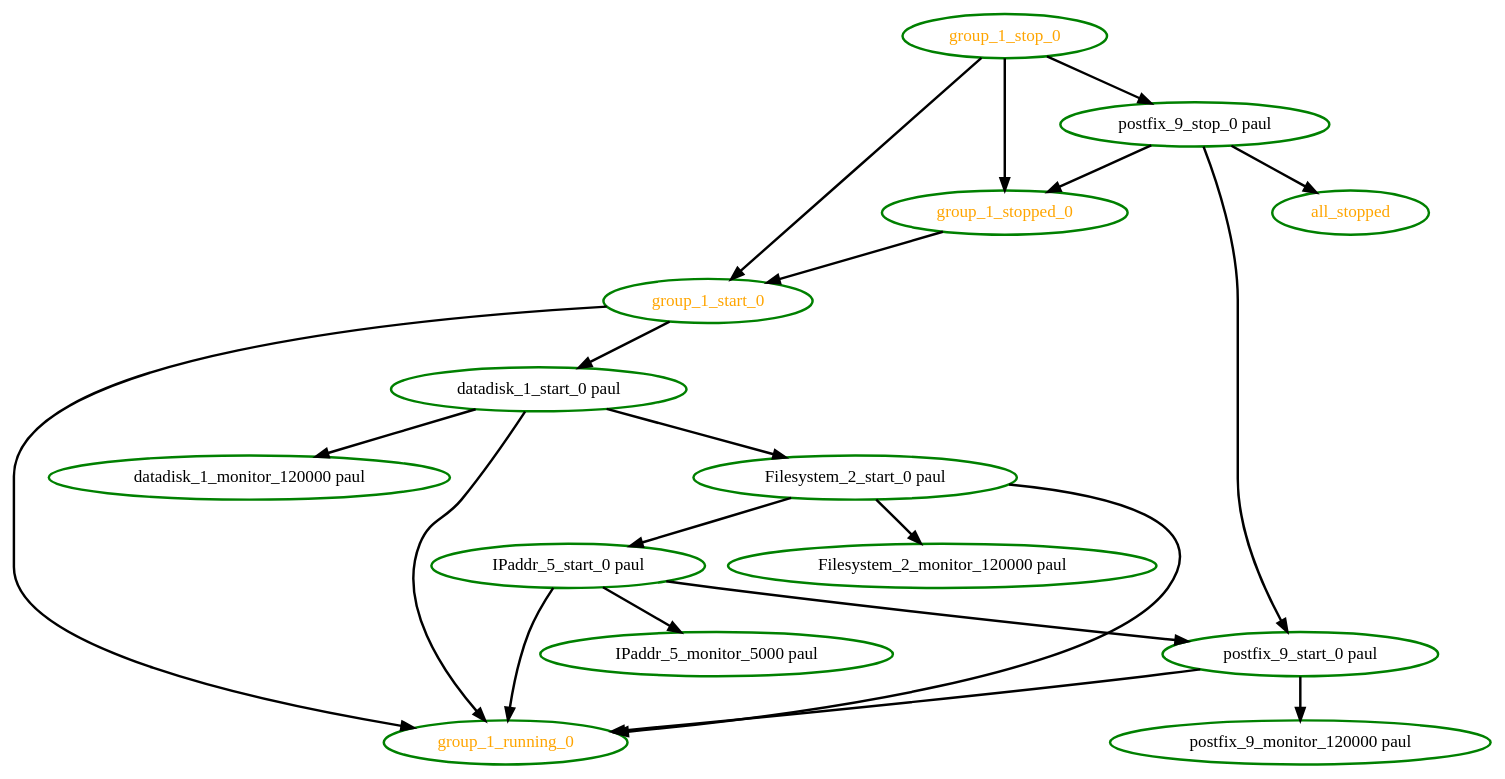
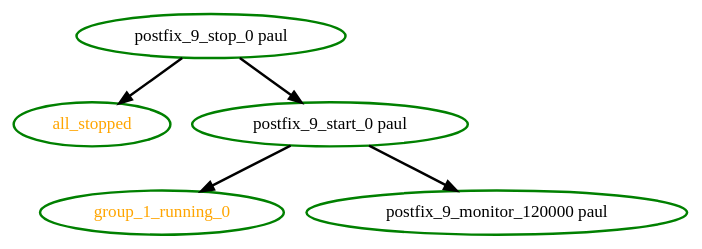
The diagram in pengine/testcases/994.dot (linux-ha-japan/pm_diskd), drawn with Graphviz before and after one commit. The commit also changed 57 other files, not shown here.

Commit message:
High: PE: Bug PM12, LF1648 - Extensive revision of group ordering * Only recover parts of the group that failed * If only part of the group is being recovered, only send start actions for the   parts being recovered * Added two additional test cases

```diff
--- a/pengine/testcases/994.dot
+++ b/pengine/testcases/994.dot
@@ -1,36 +1,11 @@
  digraph "g" {
-"Filesystem_2_monitor_120000 paul" [ style=bold color="green" fontcolor="black"  ]
-"Filesystem_2_start_0 paul" -> "Filesystem_2_monitor_120000 paul" [ style = bold]
-"Filesystem_2_start_0 paul" -> "IPaddr_5_start_0 paul" [ style = bold]
-"Filesystem_2_start_0 paul" -> "group_1_running_0" [ style = bold]
-"Filesystem_2_start_0 paul" [ style=bold color="green" fontcolor="black"  ]
-"IPaddr_5_monitor_5000 paul" [ style=bold color="green" fontcolor="black"  ]
-"IPaddr_5_start_0 paul" -> "IPaddr_5_monitor_5000 paul" [ style = bold]
-"IPaddr_5_start_0 paul" -> "group_1_running_0" [ style = bold]
-"IPaddr_5_start_0 paul" -> "postfix_9_start_0 paul" [ style = bold]
-"IPaddr_5_start_0 paul" [ style=bold color="green" fontcolor="black"  ]
 "all_stopped" [ style=bold color="green" fontcolor="orange"  ]
-"datadisk_1_monitor_120000 paul" [ style=bold color="green" fontcolor="black"  ]
-"datadisk_1_start_0 paul" -> "Filesystem_2_start_0 paul" [ style = bold]
-"datadisk_1_start_0 paul" -> "datadisk_1_monitor_120000 paul" [ style = bold]
-"datadisk_1_start_0 paul" -> "group_1_running_0" [ style = bold]
-"datadisk_1_start_0 paul" [ style=bold color="green" fontcolor="black"  ]
 "group_1_running_0" [ style=bold color="green" fontcolor="orange" ]
-"group_1_start_0" -> "datadisk_1_start_0 paul" [ style = bold]
-"group_1_start_0" -> "group_1_running_0" [ style = bold]
-"group_1_start_0" [ style=bold color="green" fontcolor="orange" ]
-"group_1_stop_0" -> "group_1_start_0" [ style = bold]
-"group_1_stop_0" -> "group_1_stopped_0" [ style = bold]
-"group_1_stop_0" -> "postfix_9_stop_0 paul" [ style = bold]
-"group_1_stop_0" [ style=bold color="green" fontcolor="orange" ]
-"group_1_stopped_0" -> "group_1_start_0" [ style = bold]
-"group_1_stopped_0" [ style=bold color="green" fontcolor="orange" ]
 "postfix_9_monitor_120000 paul" [ style=bold color="green" fontcolor="black" ]
 "postfix_9_start_0 paul" -> "group_1_running_0" [ style = bold]
 "postfix_9_start_0 paul" -> "postfix_9_monitor_120000 paul" [ style = bold]
 "postfix_9_start_0 paul" [ style=bold color="green" fontcolor="black" ]
 "postfix_9_stop_0 paul" -> "all_stopped" [ style = bold]
-"postfix_9_stop_0 paul" -> "group_1_stopped_0" [ style = bold]
 "postfix_9_stop_0 paul" -> "postfix_9_start_0 paul" [ style = bold]
 "postfix_9_stop_0 paul" [ style=bold color="green" fontcolor="black" ]
 }
```
